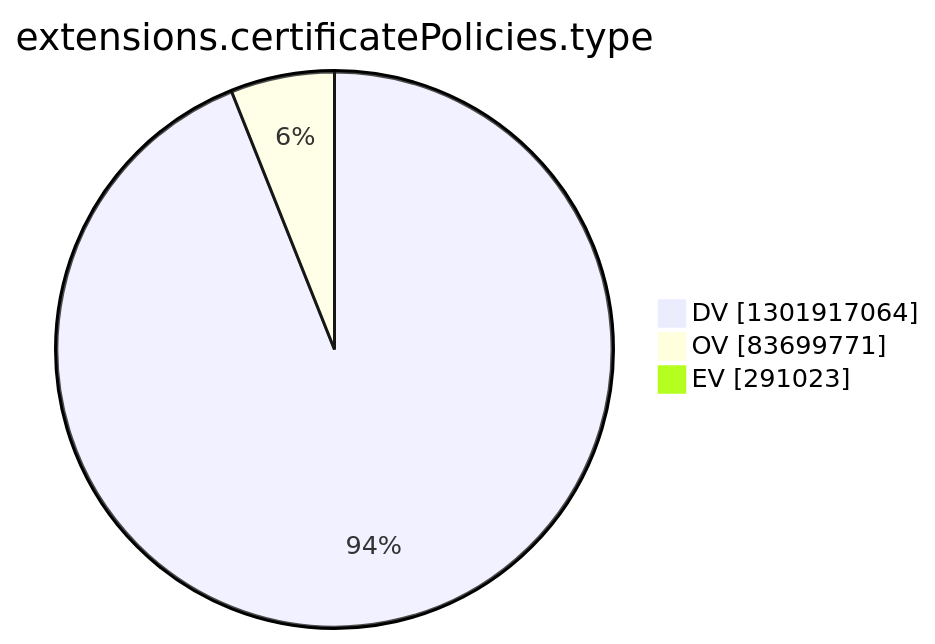
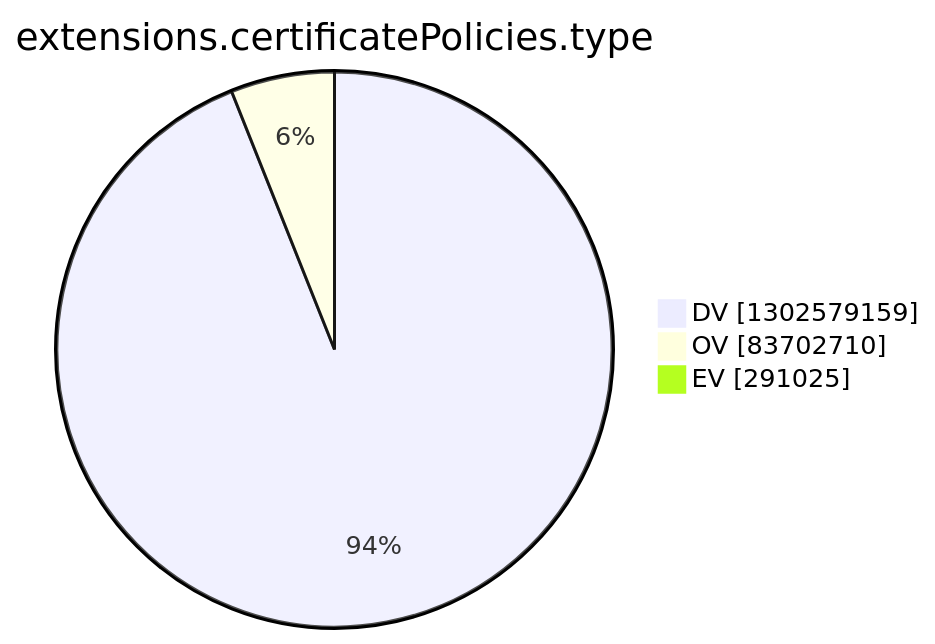
One commit to christiankrug/ctmonitor_visualization changed the tenth of 15 diagrams in argon2022/README.md. Above: the diagram before and after it, drawn with Mermaid. The commit also changed other lines of this file, not shown here.

````diff
--- a/argon2022/README.md
+++ b/argon2022/README.md
@@ -2772,7 +2772,7 @@
 ```mermaid
 pie showData
 title extensions.certificatePolicies.type
-"DV" :1301917064
-"OV" :83699771
-"EV" :291023
+"DV" :1302579159
+"OV" :83702710
+"EV" :291025
 ```
````
